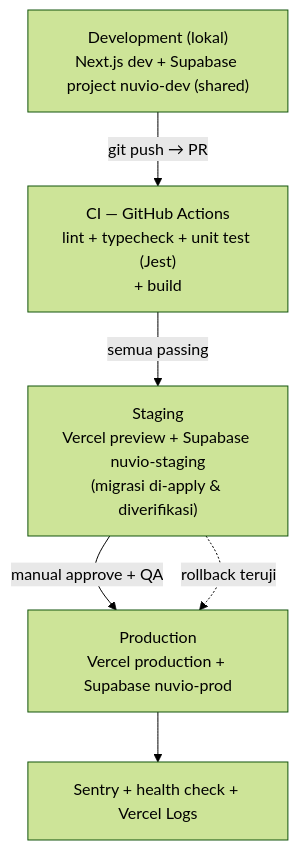
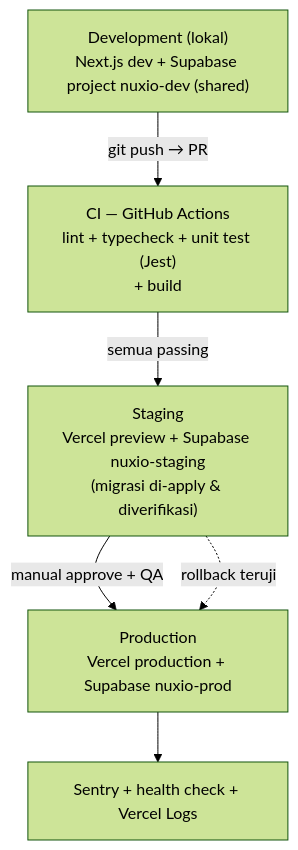
One commit to CodeByAbi/Nuxio changed diagram 13 of 13 in docs/08. System Design.md. Above: the diagram before and after it, drawn with Mermaid (forest theme). The commit also changed other lines of this file and 60 other files, not shown here.

````diff
--- a/docs/08. System Design.md
+++ b/docs/08. System Design.md
@@ -541,8 +541,8 @@
 ```mermaid
 flowchart TB
-    DEV["Development (lokal)\nNext.js dev + Supabase project nuvio-dev (shared)"] -->|git push → PR| CI["CI — GitHub Actions\nlint + typecheck + unit test (Jest)\n+ build"]
-    CI -->|semua passing| STG["Staging\nVercel preview + Supabase nuvio-staging\n(migrasi di-apply & diverifikasi)"]
-    STG -->|manual approve + QA| PROD["Production\nVercel production + Supabase nuvio-prod"]
+    DEV["Development (lokal)\nNext.js dev + Supabase project nuxio-dev (shared)"] -->|git push → PR| CI["CI — GitHub Actions\nlint + typecheck + unit test (Jest)\n+ build"]
+    CI -->|semua passing| STG["Staging\nVercel preview + Supabase nuxio-staging\n(migrasi di-apply & diverifikasi)"]
+    STG -->|manual approve + QA| PROD["Production\nVercel production + Supabase nuxio-prod"]
     PROD --> MON2["Sentry + health check + Vercel Logs"]
     STG -.->|rollback teruji| PROD
 ```
````
